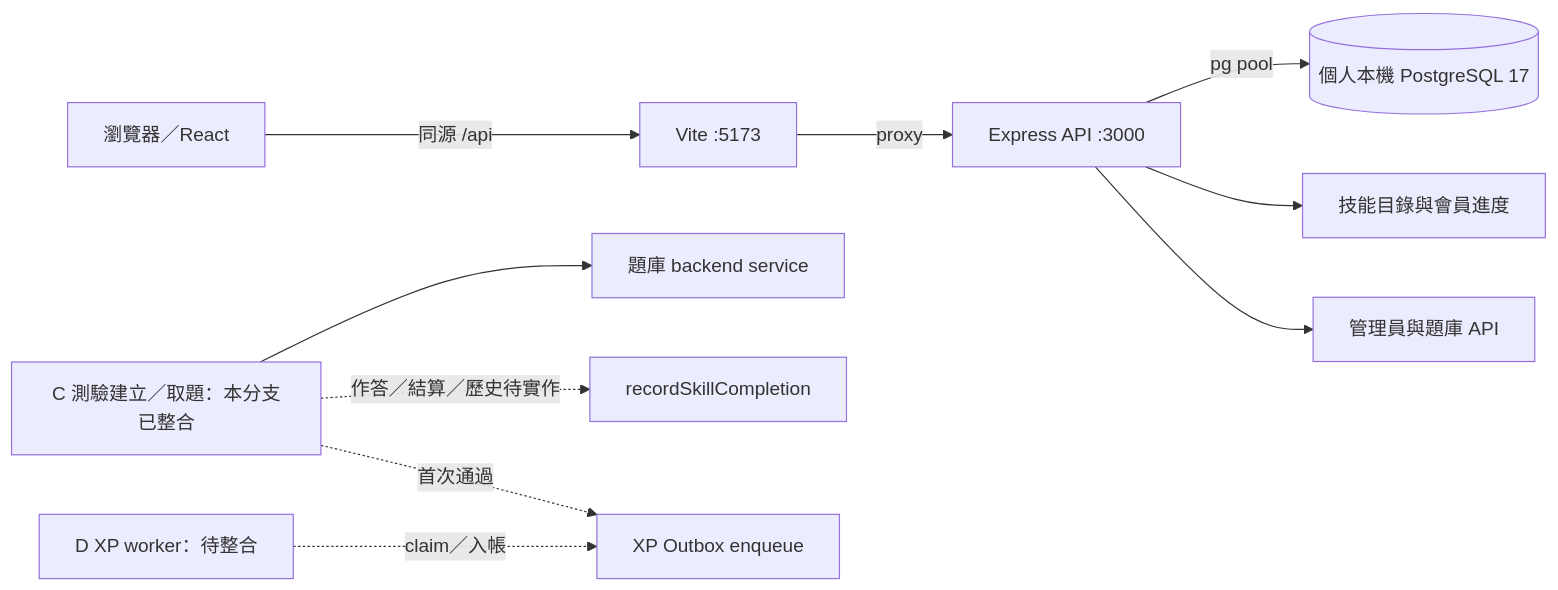
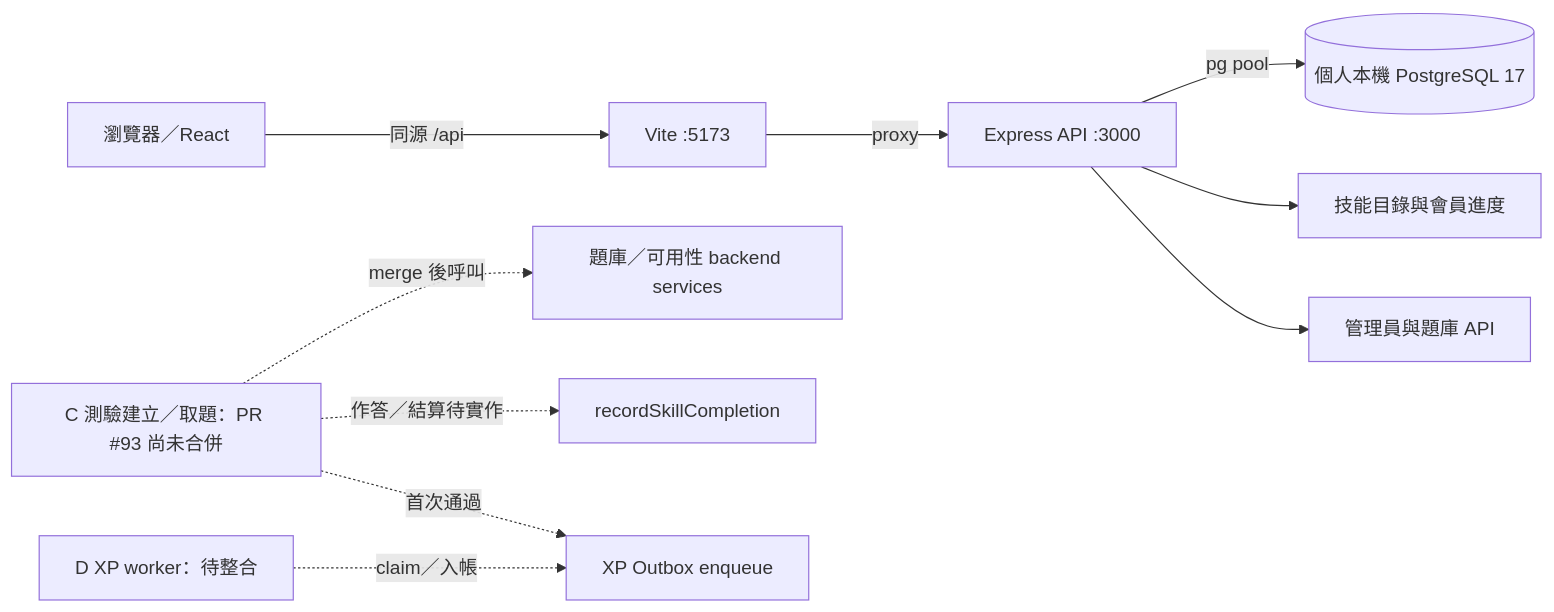
The diagram in docs/team-backend-integration-guide.md (Coding-Skill-Tree/Skill-Tree), drawn with Mermaid before and after one commit. The commit also changed other lines of this file and 89 other files, not shown here.

````diff
--- a/docs/team-backend-integration-guide.md
+++ b/docs/team-backend-integration-guide.md
@@ -64,12 +61,12 @@
 ```mermaid
 flowchart LR
   Browser[瀏覽器／React] -->|同源 /api| Vite[Vite :5173]
   Vite -->|proxy| API[Express API :3000]
   API -->|pg pool| DB[(個人本機 PostgreSQL 17)]
   API --> Skills[技能目錄與會員進度]
   API --> Admin[管理員與題庫 API]
-  C[C 測驗建立／取題：本分支已整合] --> QB[題庫 backend service]
-  C -. 作答／結算／歷史待實作 .-> Completion[recordSkillCompletion]
+  C[C 測驗建立／取題：PR #93 尚未合併] -. merge 後呼叫 .-> QB[題庫／可用性 backend services]
+  C -. 作答／結算待實作 .-> Completion[recordSkillCompletion]
   C -. 首次通過 .-> Outbox[XP Outbox enqueue]
   D[D XP worker：待整合] -. claim／入帳 .-> Outbox
 ```
````
